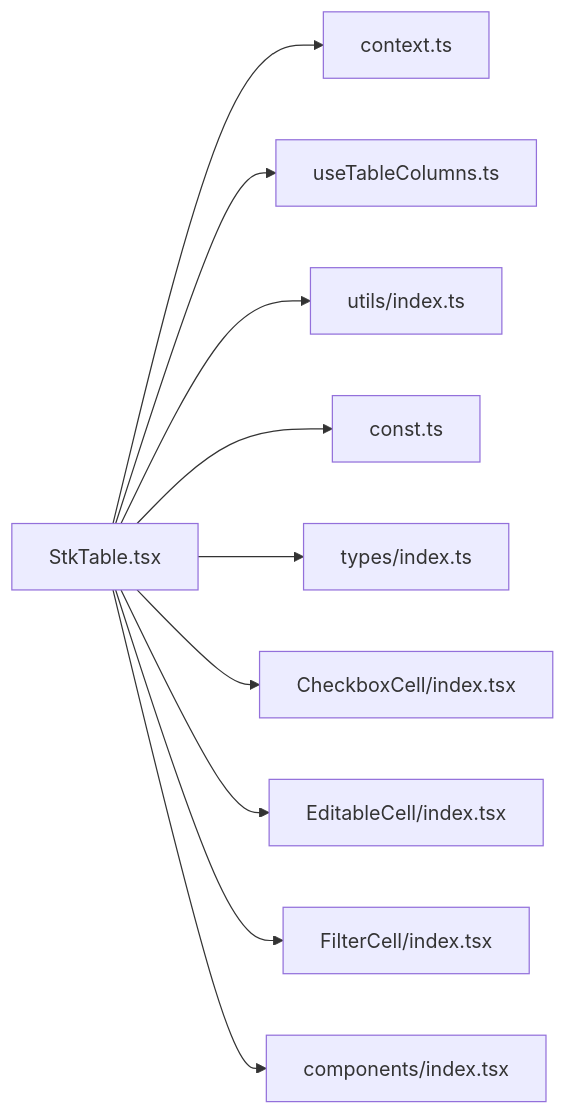
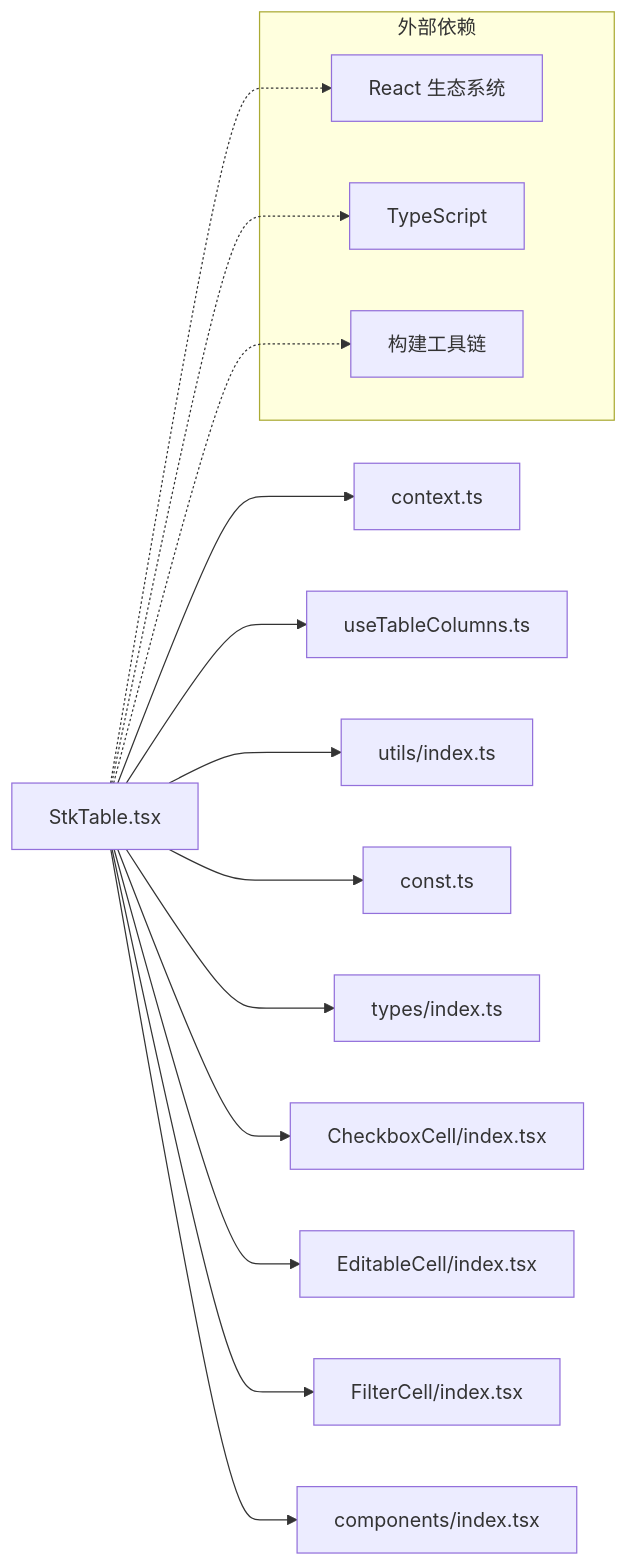
Before and after one commit to ja-plus/stk-table-react: the third of 3 diagrams in .qoder/repowiki/zh/content/项目概述.md, drawn with Mermaid. The commit also changed other lines of this file and 4 other files, not shown here.

````diff
--- a/.qoder/repowiki/zh/content/项目概述.md
+++ b/.qoder/repowiki/zh/content/项目概述.md
@@ -248,12 +316,20 @@
 ```mermaid
 graph LR
 ST["StkTable.tsx"] --> CTX["context.ts"]
 ST --> HCOL["useTableColumns.ts"]
 ST --> UTL["utils/index.ts"]
 ST --> CONST["const.ts"]
 ST --> TYPES["types/index.ts"]
 ST --> CC1["CheckboxCell/index.tsx"]
 ST --> CC2["EditableCell/index.tsx"]
 ST --> CC3["FilterCell/index.tsx"]
 ST --> COMP["components/index.tsx"]
+subgraph "外部依赖"
+REACT["React 生态系统"]
+TS["TypeScript"]
+BUILD["构建工具链"]
+end
+ST -.-> REACT
+ST -.-> TS
+ST -.-> BUILD
 ```
````
